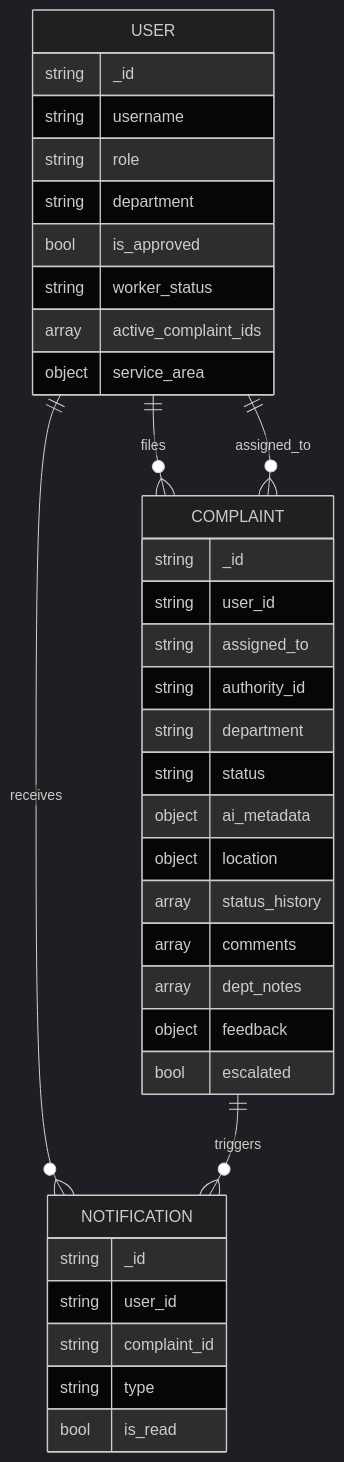
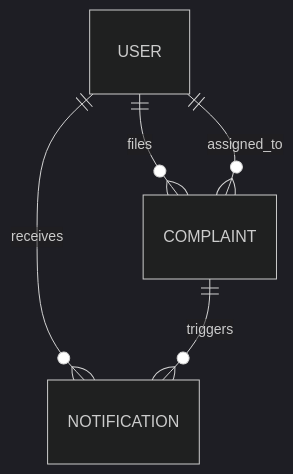
The fourth of 10 diagrams in docs/reports/PROJECT_REPORT.md (ark5234/Jan-Sunwai-AI), drawn with Mermaid (dark theme) before and after one commit. The commit also changed other lines of this file and 1 other file, not shown here.

````diff
--- a/docs/reports/PROJECT_REPORT.md
+++ b/docs/reports/PROJECT_REPORT.md
@@ -229,42 +395,7 @@
 ```mermaid
 erDiagram
     USER ||--o{ COMPLAINT : files
     USER ||--o{ COMPLAINT : assigned_to
     USER ||--o{ NOTIFICATION : receives
     COMPLAINT ||--o{ NOTIFICATION : triggers
-
-    USER {
-        string _id
-        string username
-        string role
-        string department
-        bool is_approved
-        string worker_status
-        array active_complaint_ids
-        object service_area
-    }
-
-    COMPLAINT {
-        string _id
-        string user_id
-        string assigned_to
-        string authority_id
-        string department
-        string status
-        object ai_metadata
-        object location
-        array status_history
-        array comments
-        array dept_notes
-        object feedback
-        bool escalated
-    }
-
-    NOTIFICATION {
-        string _id
-        string user_id
-        string complaint_id
-        string type
-        bool is_read
-    }
 ```
````
